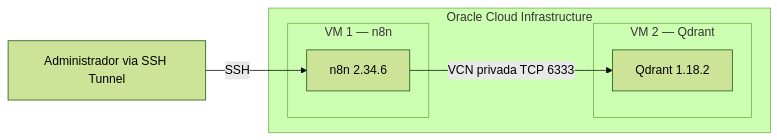
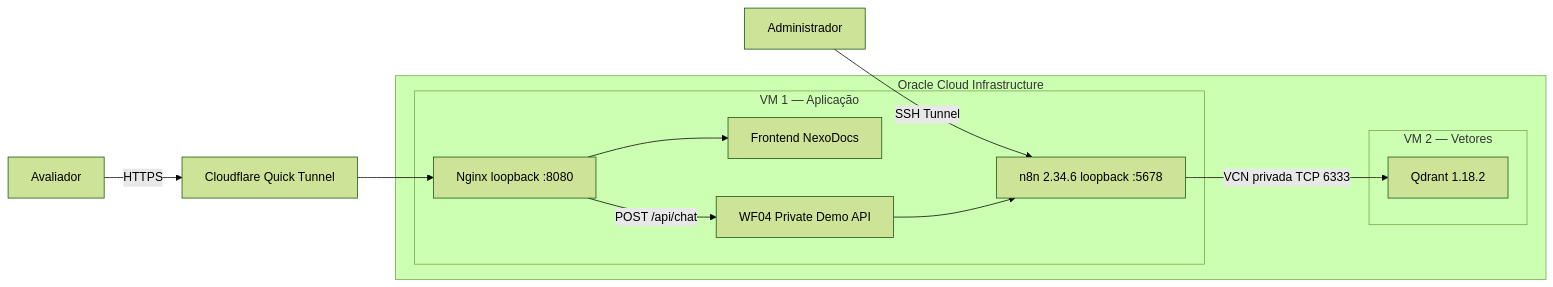
One commit to JPBorellii/nexodocs-alura-agent changed the second of 2 diagrams in README.md. Above: the diagram before and after it, drawn with Mermaid (forest theme). The commit also changed other lines of this file, not shown here.

Commit message:
docs: finalize challenge architecture and demo documentation

````diff
--- a/README.md
+++ b/README.md
@@ -72,16 +164,29 @@
 ```mermaid
 flowchart LR
-    ADMIN[Administrador via SSH Tunnel]
+    EVAL[Avaliador]
+    ADMIN[Administrador]
+
+    EVAL -->|HTTPS| CF[Cloudflare Quick Tunnel]
+    ADMIN -->|SSH Tunnel| N8N
 
     subgraph OCI[Oracle Cloud Infrastructure]
-        subgraph VM1[VM 1 — n8n]
-            N8N[n8n 2.34.6]
+        subgraph VM1[VM 1 — Aplicação]
+            NGINX[Nginx loopback :8080]
+            FRONT[Frontend NexoDocs]
+            N8N[n8n 2.34.6 loopback :5678]
+            WF04[WF04 Private Demo API]
+
+            NGINX --> FRONT
+            NGINX -->|POST /api/chat| WF04
+            WF04 --> N8N
         end
-        subgraph VM2[VM 2 — Qdrant]
+
+        subgraph VM2[VM 2 — Vetores]
             QD[Qdrant 1.18.2]
         end
+
         N8N -->|VCN privada TCP 6333| QD
     end
 
-    ADMIN -->|SSH| N8N
+    CF --> NGINX
 ```
````
